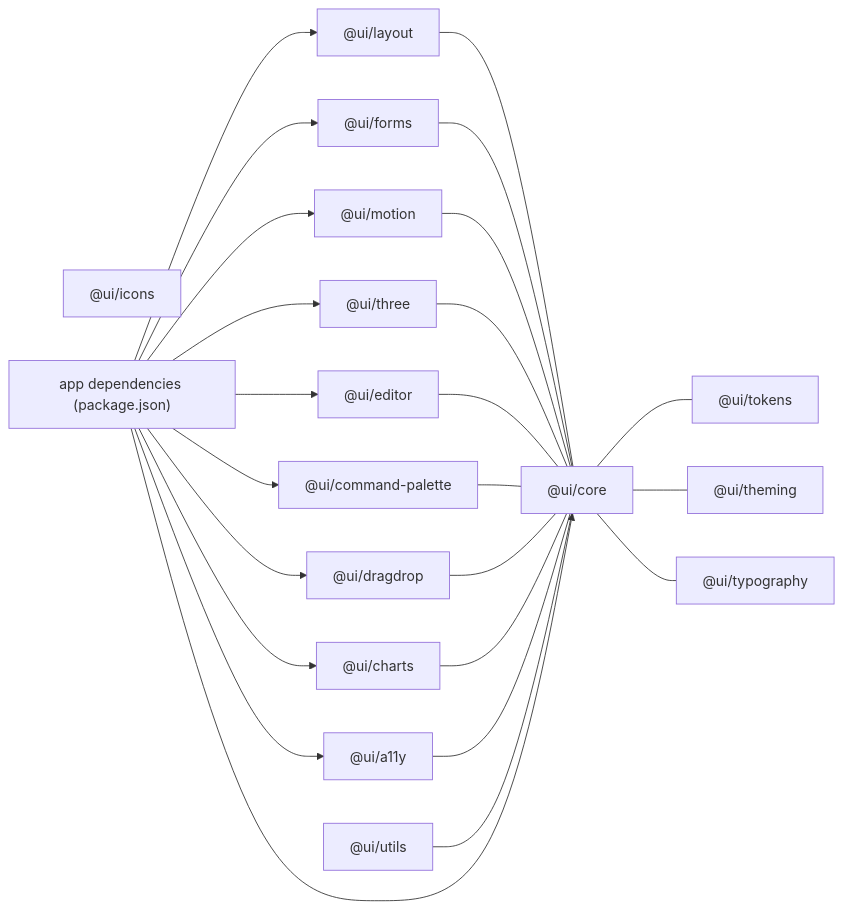
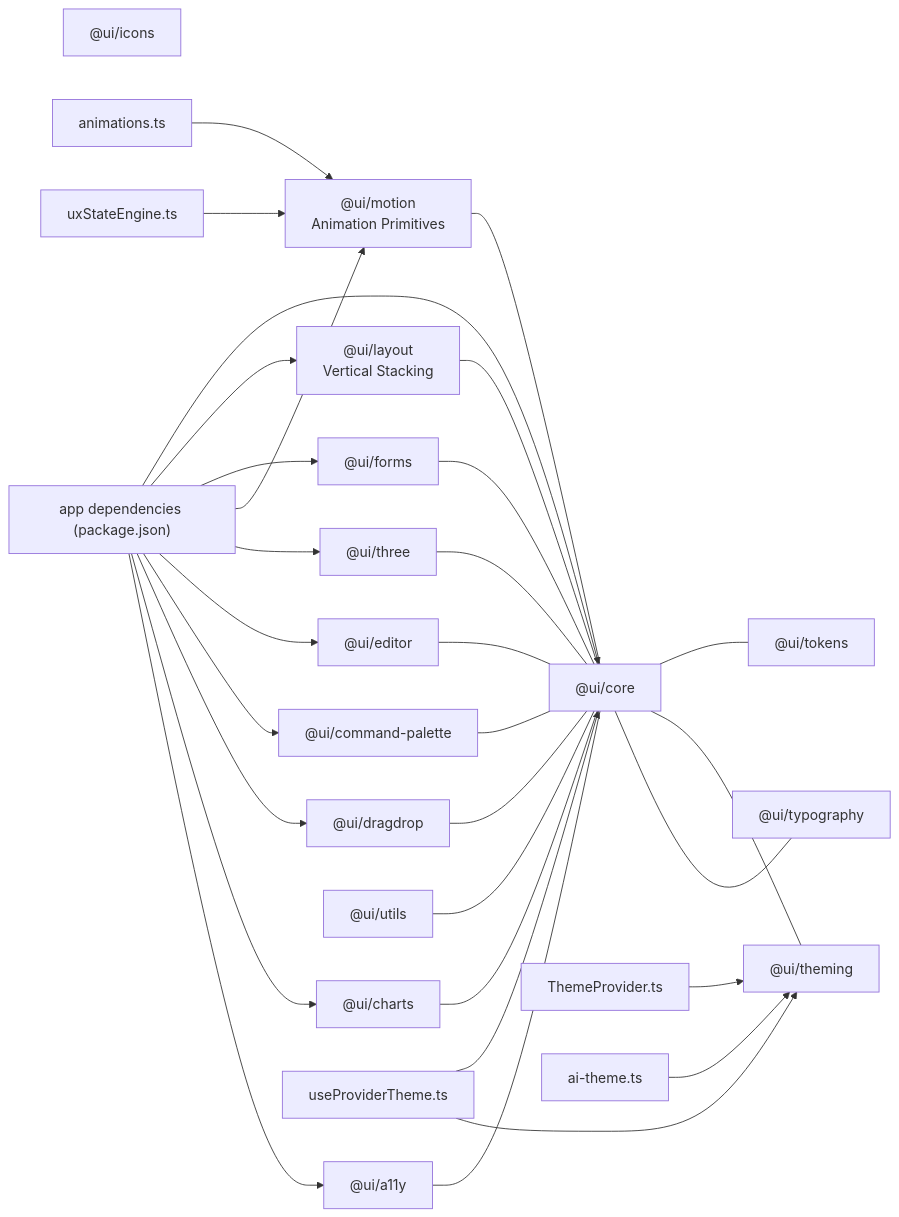
One commit to shekhargiri005-dotcom/AI-powered-accessibility-first-UI-engine changed the eighth of 8 diagrams in .qoder/repowiki/en/content/UI Component System/UI Component System.md. Above: the diagram before and after it, drawn with Mermaid. The commit also changed other lines of this file and 71 other files, not shown here.

````diff
--- a/.qoder/repowiki/en/content/UI Component System/UI Component System.md
+++ b/.qoder/repowiki/en/content/UI Component System/UI Component System.md
@@ -545,42 +1023,53 @@
 ```mermaid
 graph LR
 PK_CORE["@ui/core"]
-PK_LAYOUT["@ui/layout"]
+PK_LAYOUT["@ui/layout<br/>Vertical Stacking"]
 PK_FORMS["@ui/forms"]
-PK_MOTION["@ui/motion"]
+PK_MOTION["@ui/motion<br/>Animation Primitives"]
 PK_THREE["@ui/three"]
 PK_TOKENS["@ui/tokens"]
 PK_THEMING["@ui/theming"]
 PK_TYPOGRAPHY["@ui/typography"]
 PK_ICONS["@ui/icons"]
 PK_CHARTS["@ui/charts"]
 PK_COMMAND["@ui/command-palette"]
 PK_DRAGDROP["@ui/dragdrop"]
 PK_EDITOR["@ui/editor"]
 PK_UTILS["@ui/utils"]
 PK_A11Y["@ui/a11y"]
+THEME_HOOK["useProviderTheme.ts"]
+THEME_PROVIDER["ThemeProvider.ts"]
+THEME_AI["ai-theme.ts"]
+MOTION_ANIM["animations.ts"]
+UX_ENGINE["uxStateEngine.ts"]
 APP_DEPS["app dependencies (package.json)"]
 PK_CORE --- PK_TOKENS
 PK_CORE --- PK_THEMING
 PK_CORE --- PK_TYPOGRAPHY
 PK_LAYOUT --- PK_CORE
 PK_FORMS --- PK_CORE
 PK_MOTION --- PK_CORE
 PK_THREE --- PK_CORE
 PK_EDITOR --- PK_CORE
 PK_COMMAND --- PK_CORE
 PK_DRAGDROP --- PK_CORE
 PK_CHARTS --- PK_CORE
 PK_A11Y --- PK_CORE
 PK_UTILS --- PK_CORE
+THEME_HOOK --> PK_CORE
+THEME_HOOK --> PK_THEMING
+THEME_PROVIDER --> PK_THEMING
+THEME_AI --> PK_THEMING
+MOTION_ANIM --> PK_MOTION
+UX_ENGINE --> PK_MOTION
 APP_DEPS --> PK_CORE
 APP_DEPS --> PK_LAYOUT
 APP_DEPS --> PK_FORMS
 APP_DEPS --> PK_MOTION
 APP_DEPS --> PK_THREE
 APP_DEPS --> PK_EDITOR
 APP_DEPS --> PK_COMMAND
 APP_DEPS --> PK_DRAGDROP
 APP_DEPS --> PK_CHARTS
 APP_DEPS --> PK_A11Y
 ```
````
